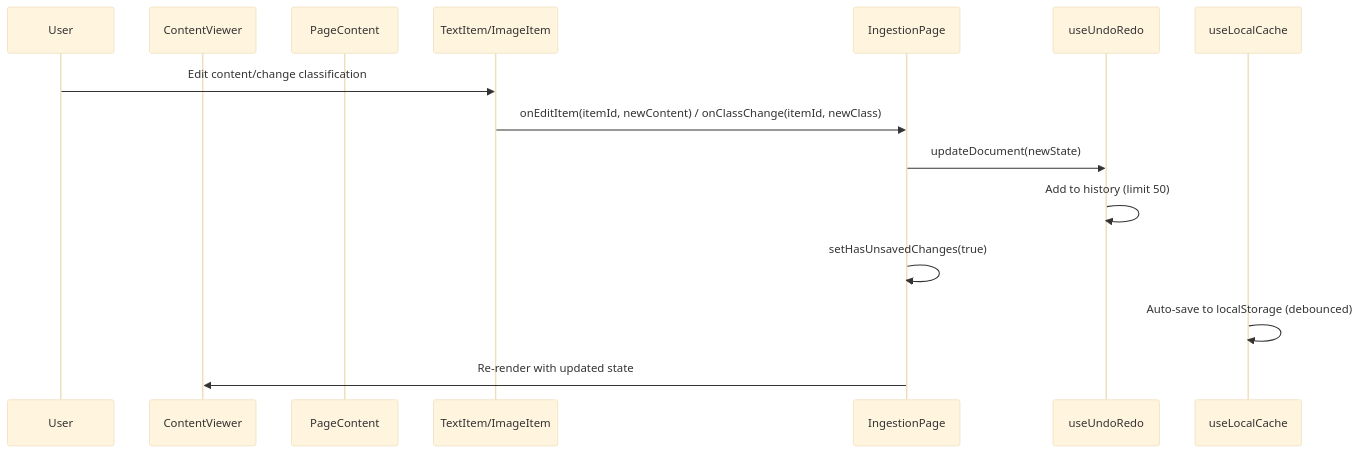
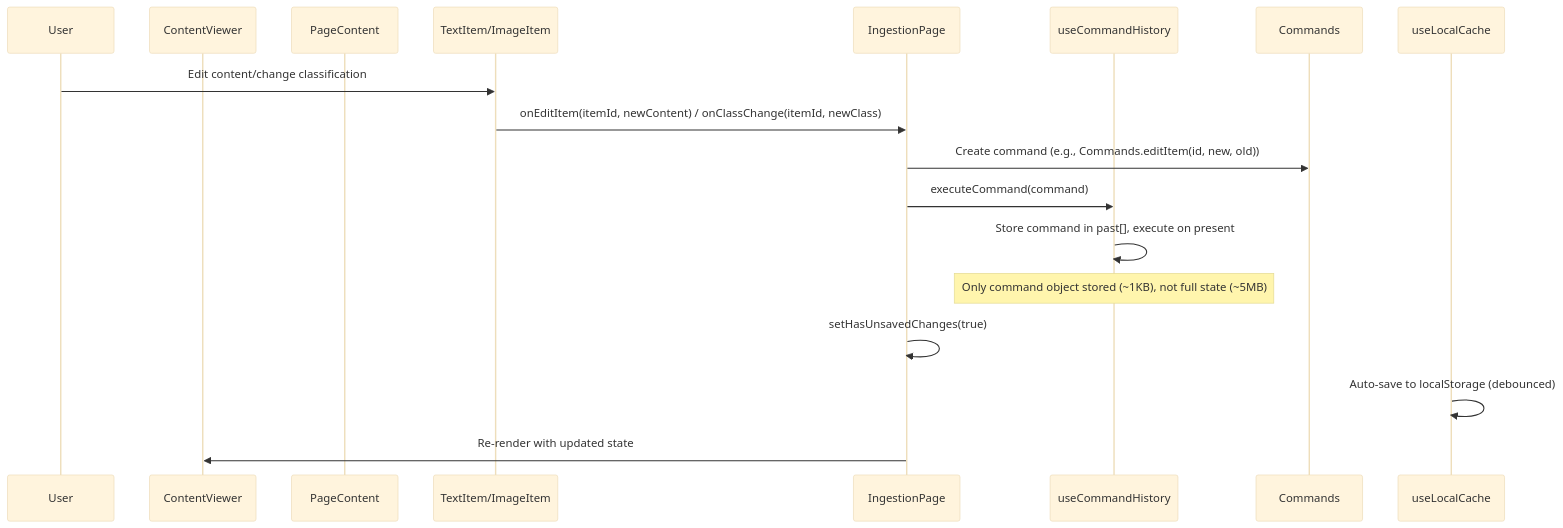
Before and after one commit to nabilbenjemia/atoss-chatbot: the third of 8 diagrams in doc/FEATURE_INGESTION_PAGE.md, drawn with Mermaid (base theme). The commit also changed other lines of this file and 3 other files, not shown here.

Commit message:
feat: replace useUndoRedo with useCommandHistory for efficient command-based undo/redo functionality; update IngestionPage to utilize new commands

````diff
--- a/doc/FEATURE_INGESTION_PAGE.md
+++ b/doc/FEATURE_INGESTION_PAGE.md
@@ -127,18 +127,21 @@
 ```mermaid
 sequenceDiagram
     participant User
     participant ContentViewer
     participant PageContent
     participant TextItem/ImageItem
     participant IngestionPage
-    participant useUndoRedo
+    participant useCommandHistory
+    participant Commands
     participant useLocalCache
 
     User->>TextItem/ImageItem: Edit content/change classification
     TextItem/ImageItem->>IngestionPage: onEditItem(itemId, newContent) / onClassChange(itemId, newClass)
-    IngestionPage->>useUndoRedo: updateDocument(newState)
-    useUndoRedo->>useUndoRedo: Add to history (limit 50)
+    IngestionPage->>Commands: Create command (e.g., Commands.editItem(id, new, old))
+    IngestionPage->>useCommandHistory: executeCommand(command)
+    useCommandHistory->>useCommandHistory: Store command in past[], execute on present
+    Note over useCommandHistory: Only command object stored (~1KB), not full state (~5MB)
     IngestionPage->>IngestionPage: setHasUnsavedChanges(true)
     useLocalCache->>useLocalCache: Auto-save to localStorage (debounced)
     IngestionPage->>ContentViewer: Re-render with updated state
 ```
````
